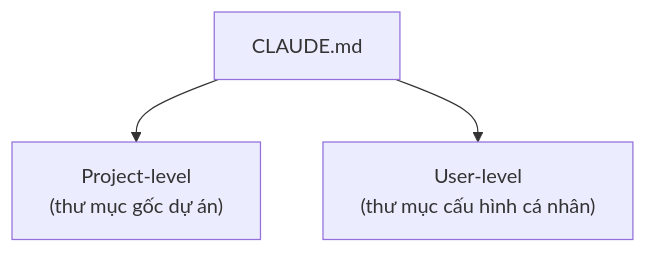
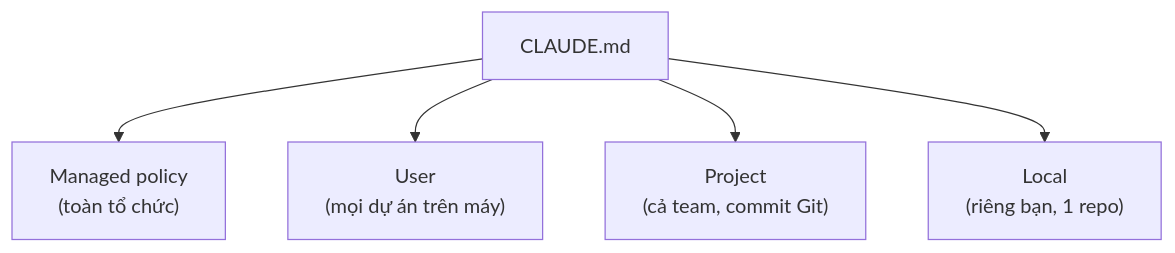
Before and after one commit to nthoang1996/claude-knowledge: the first of 3 diagrams in Claude Ecosystem/Bộ tiện ích tích hợp/CLAUDE.md Bộ nhớ dự án.md, drawn with Mermaid. The commit also changed other lines of this file and 1 other file, not shown here.

````diff
--- a/Claude Ecosystem/Bộ tiện ích tích hợp/CLAUDE.md Bộ nhớ dự án.md
+++ b/Claude Ecosystem/Bộ tiện ích tích hợp/CLAUDE.md Bộ nhớ dự án.md
@@ -52,5 +52,7 @@
 ```mermaid
 graph TD
-    M["CLAUDE.md"] --> P["Project-level<br/>(thư mục gốc dự án)"]
-    M --> U["User-level<br/>(thư mục cấu hình cá nhân)"]
+    M["CLAUDE.md"] --> G["Managed policy<br/>(toàn tổ chức)"]
+    M --> U["User<br/>(mọi dự án trên máy)"]
+    M --> P["Project<br/>(cả team, commit Git)"]
+    M --> L["Local<br/>(riêng bạn, 1 repo)"]
 ```
````
